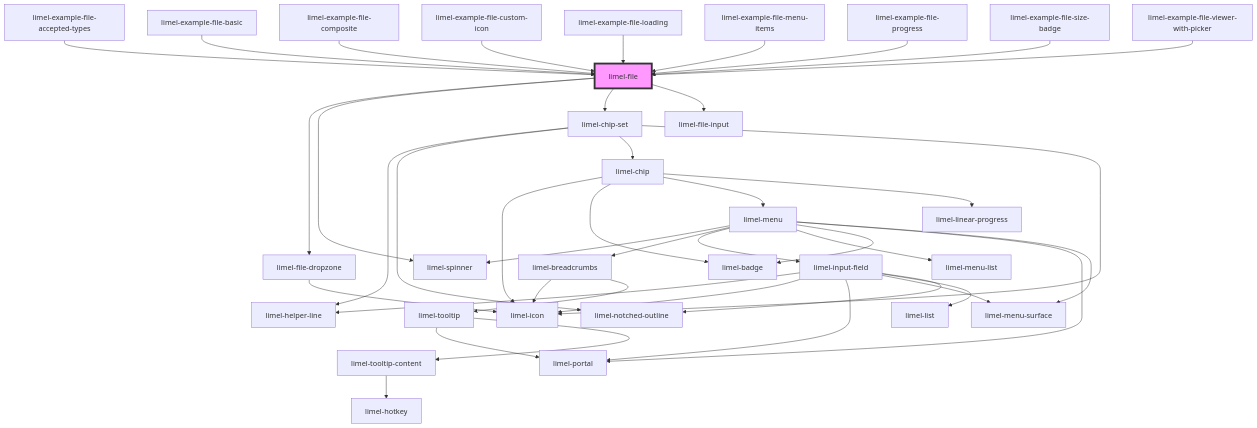
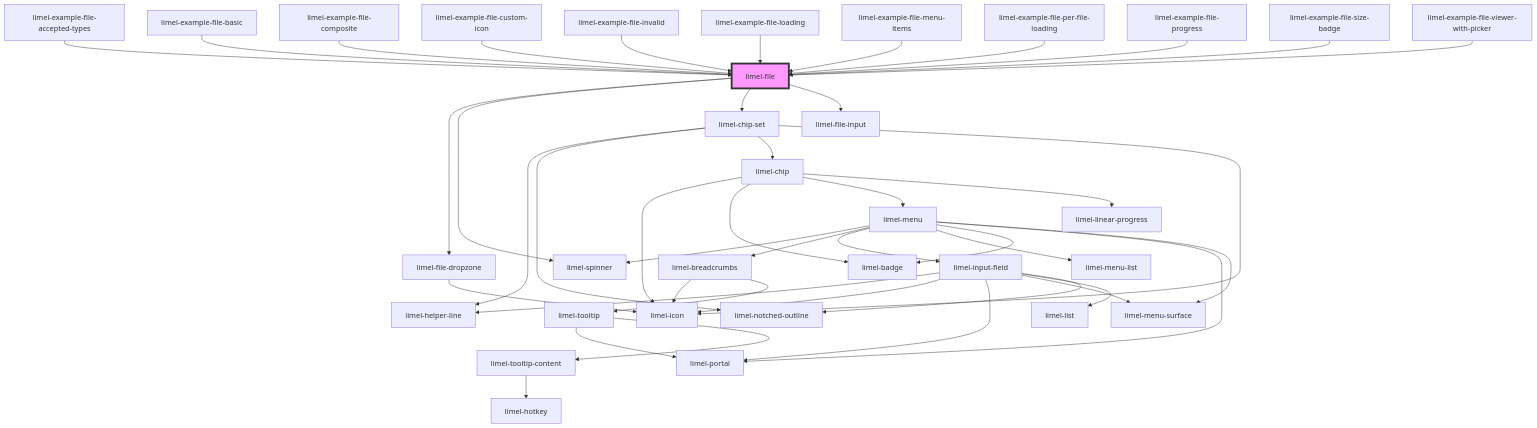
Before and after one commit to Lundalogik/lime-elements: the diagram in versions/PR-4154/markdown-docs/components/file/readme.md, drawn with Mermaid. The commit also changed other lines of this file and 434 other files, not shown here.

````diff
--- a/versions/PR-4154/markdown-docs/components/file/readme.md
+++ b/versions/PR-4154/markdown-docs/components/file/readme.md
@@ -80,44 +82,46 @@
 ```mermaid
 graph TD;
   limel-file --> limel-file-dropzone
   limel-file --> limel-spinner
   limel-file --> limel-chip-set
   limel-file --> limel-file-input
   limel-file-dropzone --> limel-icon
   limel-chip-set --> limel-helper-line
   limel-chip-set --> limel-notched-outline
   limel-chip-set --> limel-chip
   limel-chip-set --> limel-icon
   limel-chip --> limel-icon
   limel-chip --> limel-badge
   limel-chip --> limel-menu
   limel-chip --> limel-linear-progress
   limel-menu --> limel-spinner
   limel-menu --> limel-breadcrumbs
   limel-menu --> limel-input-field
   limel-menu --> limel-menu-list
   limel-menu --> limel-badge
   limel-menu --> limel-portal
   limel-menu --> limel-menu-surface
   limel-breadcrumbs --> limel-icon
   limel-breadcrumbs --> limel-tooltip
   limel-tooltip --> limel-portal
   limel-tooltip --> limel-tooltip-content
   limel-tooltip-content --> limel-hotkey
   limel-input-field --> limel-helper-line
   limel-input-field --> limel-icon
   limel-input-field --> limel-portal
   limel-input-field --> limel-menu-surface
   limel-input-field --> limel-list
   limel-input-field --> limel-notched-outline
   limel-example-file-accepted-types --> limel-file
   limel-example-file-basic --> limel-file
   limel-example-file-composite --> limel-file
   limel-example-file-custom-icon --> limel-file
+  limel-example-file-invalid --> limel-file
   limel-example-file-loading --> limel-file
   limel-example-file-menu-items --> limel-file
+  limel-example-file-per-file-loading --> limel-file
   limel-example-file-progress --> limel-file
   limel-example-file-size-badge --> limel-file
   limel-example-file-viewer-with-picker --> limel-file
   style limel-file fill:#f9f,stroke:#333,stroke-width:4px
 ```
````
